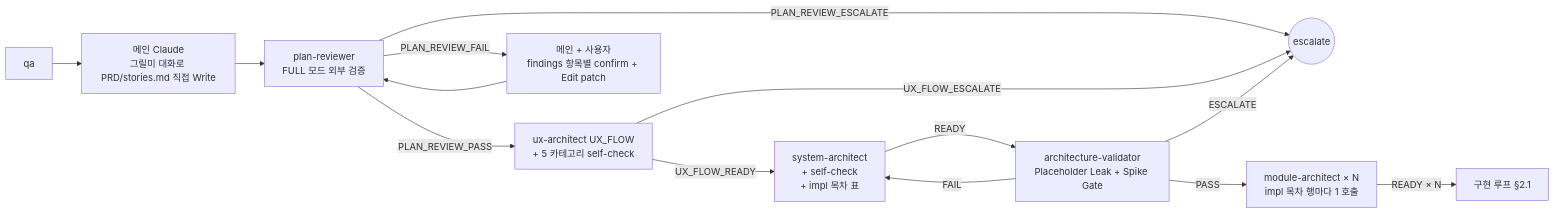
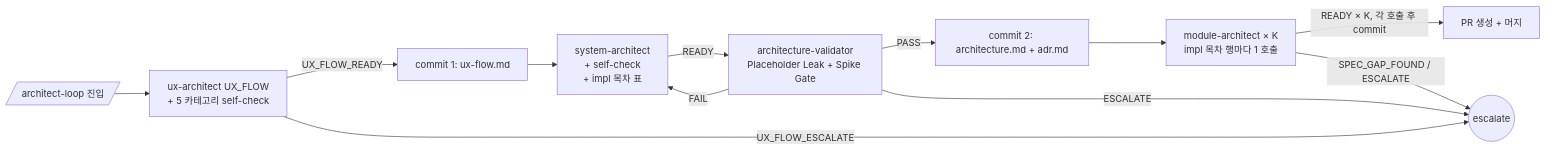
The fourth of 8 diagrams in docs/plugin/orchestration.md (alruminum/dcNess), drawn with Mermaid before and after one commit. The commit also changed other lines of this file and 3 other files, not shown here.

First line of the commit message:
[docs] SSOT 4 — feature-build-loop 폐기 + architect-loop 신설

````diff
--- a/docs/plugin/orchestration.md
+++ b/docs/plugin/orchestration.md
@@ -127,16 +143,14 @@
 ```mermaid
 flowchart LR
-    qa[qa] --> main[메인 Claude<br/>그릴미 대화로 PRD/stories.md 직접 Write]
-    main --> pr[plan-reviewer<br/>FULL 모드 외부 검증]
-    pr -->|PLAN_REVIEW_PASS| ux[ux-architect UX_FLOW<br/>+ 5 카테고리 self-check]
-    pr -->|PLAN_REVIEW_FAIL| confirm[메인 + 사용자<br/>findings 항목별 confirm + Edit patch]
-    confirm --> pr
-    pr -->|PLAN_REVIEW_ESCALATE| esc
-    ux -->|UX_FLOW_READY| sd[system-architect<br/>+ self-check<br/>+ impl 목차 표]
+    entry[/architect-loop 진입/] --> ux[ux-architect UX_FLOW<br/>+ 5 카테고리 self-check]
+    ux -->|UX_FLOW_READY| c1[commit 1: ux-flow.md]
     ux -->|UX_FLOW_ESCALATE| esc((escalate))
+    c1 --> sd[system-architect<br/>+ self-check<br/>+ impl 목차 표]
     sd -->|READY| dv[architecture-validator<br/>Placeholder Leak + Spike Gate]
-    dv -->|PASS| mp[module-architect × N<br/>impl 목차 행마다 1 호출]
+    dv -->|PASS| c2[commit 2: architecture.md + adr.md]
     dv -->|FAIL| sd
     dv -->|ESCALATE| esc
-    mp -->|READY × N| impl[구현 루프 §2.1]
+    c2 --> mp[module-architect × K<br/>impl 목차 행마다 1 호출]
+    mp -->|READY × K, 각 호출 후 commit| done[PR 생성 + 머지]
+    mp -->|SPEC_GAP_FOUND / ESCALATE| esc
 ```
````
